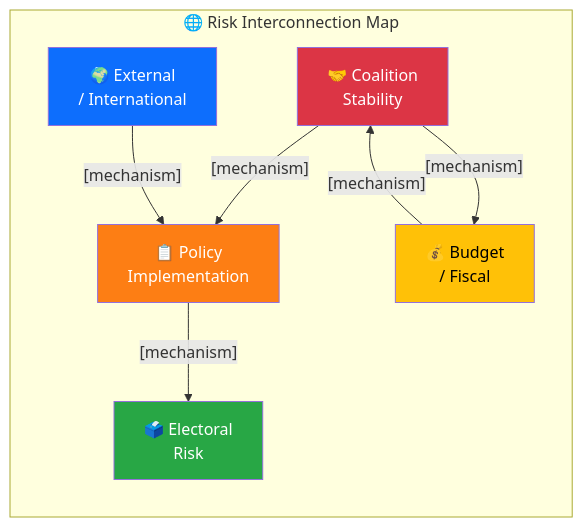
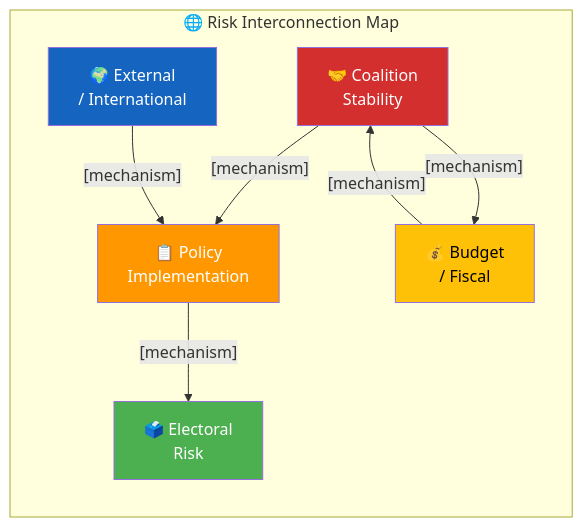
One commit to Hack23/riksdagsmonitor changed the fourth of 4 diagrams in analysis/templates/risk-assessment.md. Above: the diagram before and after it, drawn with Mermaid. The commit also changed other lines of this file and 14 other files, not shown here.

First line of the commit message:
Align analysis/ mermaid diagrams with ISMS Style Guide palette and convert SWOT to quadrantChart

````diff
--- a/analysis/templates/risk-assessment.md
+++ b/analysis/templates/risk-assessment.md
@@ -369,22 +369,22 @@
 ```mermaid
 graph LR
     subgraph "🌐 Risk Interconnection Map"
         COA["🤝 Coalition<br/>Stability"]
         POL["📋 Policy<br/>Implementation"]
         BUD["💰 Budget<br/>/ Fiscal"]
         ELE["🗳️ Electoral<br/>Risk"]
         EXT["🌍 External<br/>/ International"]
     end
 
     COA -->|"[mechanism]"| POL
     COA -->|"[mechanism]"| BUD
     POL -->|"[mechanism]"| ELE
     BUD -->|"[mechanism]"| COA
     EXT -->|"[mechanism]"| POL
 
-    style COA fill:#dc3545,color:#fff
-    style POL fill:#fd7e14,color:#fff
-    style BUD fill:#ffc107,color:#000
-    style ELE fill:#28a745,color:#fff
-    style EXT fill:#0d6efd,color:#fff
+    style COA fill:#D32F2F,color:#FFFFFF
+    style POL fill:#FF9800,color:#FFFFFF
+    style BUD fill:#FFC107,color:#000000
+    style ELE fill:#4CAF50,color:#FFFFFF
+    style EXT fill:#1565C0,color:#FFFFFF
 ```
````
